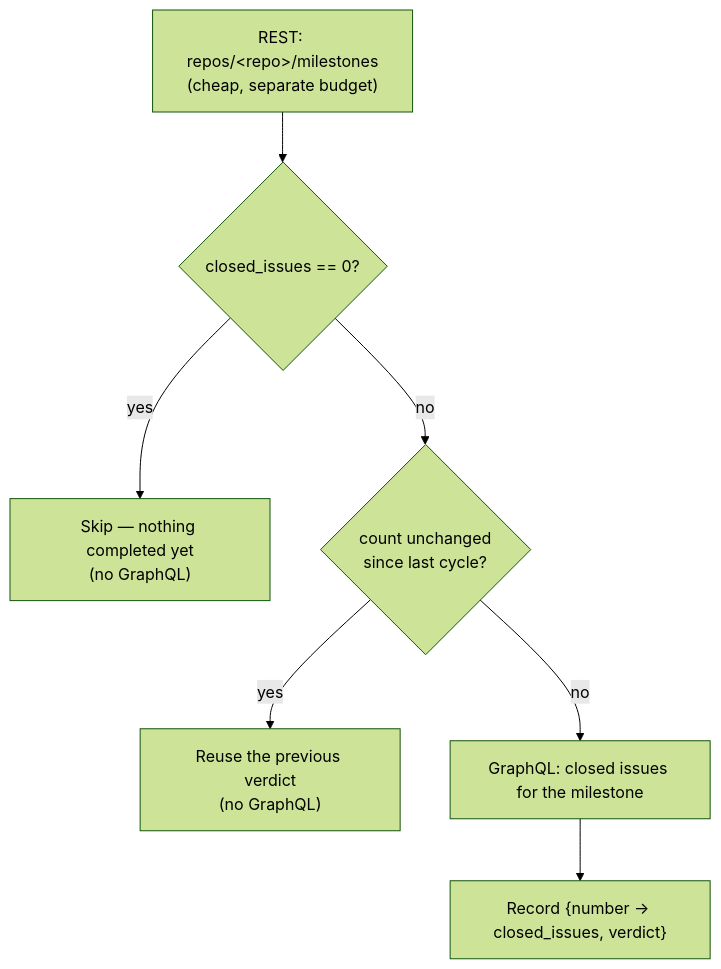
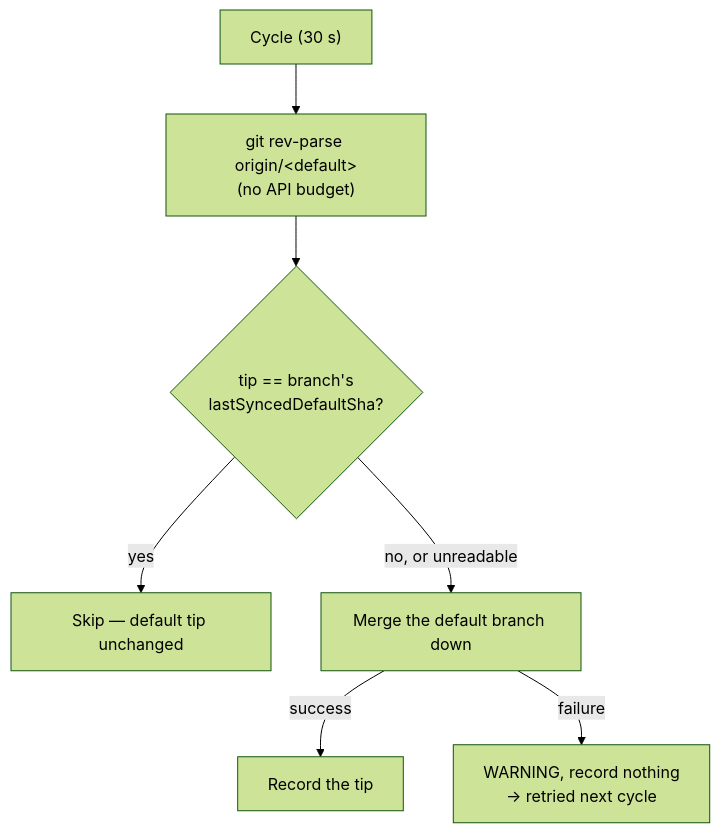
Before and after one commit to stSoftwareAU/VibeCoder: the fourth of 6 diagrams in docs/workflows/milestones.md, drawn with Mermaid (forest theme). The commit also changed other lines of this file and 2 other files, not shown here.

First line of the commit message:
Docs: the milestone sync's cadence is the default tip (Issue #1776)

````diff
--- a/docs/workflows/milestones.md
+++ b/docs/workflows/milestones.md
@@ -211,9 +210,9 @@
    ```mermaid
    flowchart TD
-       A["REST: repos/&lt;repo&gt;/milestones<br/>(cheap, separate budget)"] --> B{closed_issues == 0?}
-       B -- yes --> S["Skip — nothing completed yet<br/>(no GraphQL)"]
-       B -- no --> C{"count unchanged<br/>since last cycle?"}
-       C -- yes --> R["Reuse the previous verdict<br/>(no GraphQL)"]
-       C -- no --> Q["GraphQL: closed issues for the milestone"]
-       Q --> V["Record {number → closed_issues, verdict}"]
+       A["Cycle (30 s)"] --> B["git rev-parse origin/&lt;default&gt;<br/>(no API budget)"]
+       B --> C{"tip == branch's<br/>lastSyncedDefaultSha?"}
+       C -- yes --> S["Skip — default tip unchanged"]
+       C -- "no, or unreadable" --> M["Merge the default branch down"]
+       M -- success --> R["Record the tip"]
+       M -- failure --> W["WARNING, record nothing<br/>→ retried next cycle"]
    ```
````
